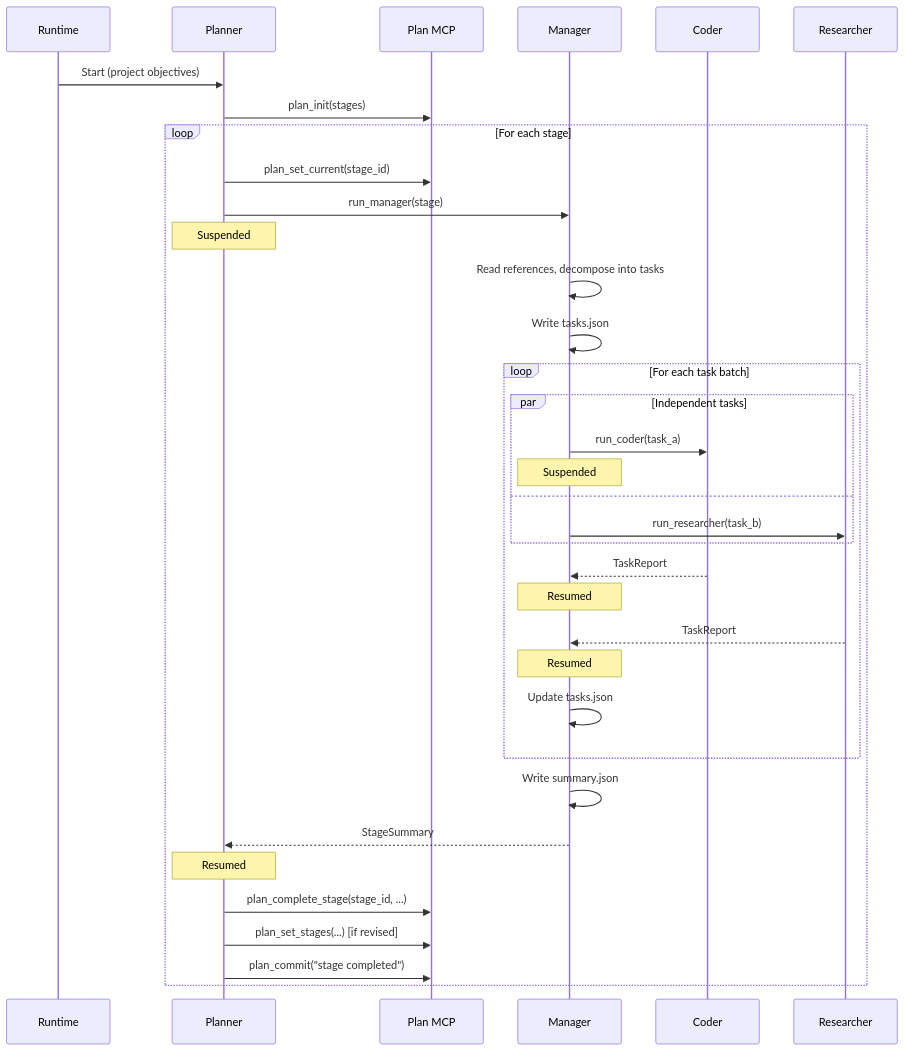
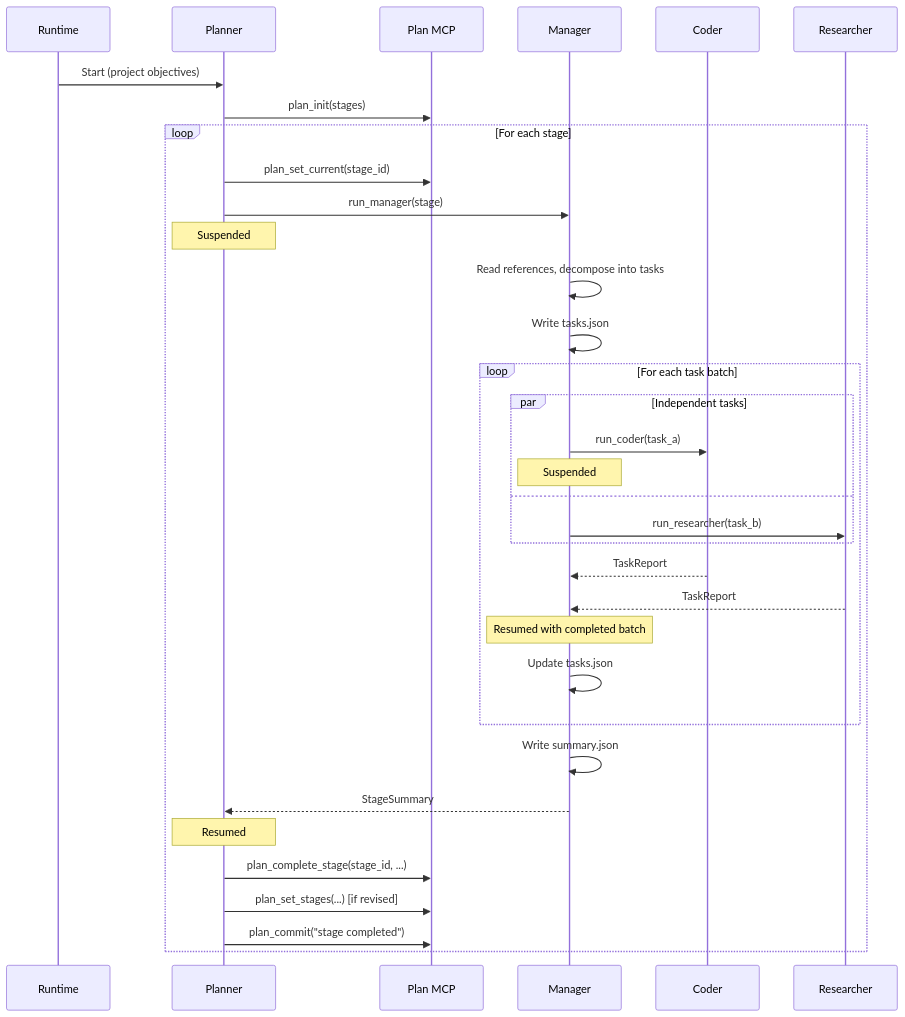
Before and after one commit to salva/saivage: the fourth of 7 diagrams in docs/internals/architecture.md, drawn with Mermaid. The commit also changed other lines of this file and 39 other files, not shown here.

````diff
--- a/docs/internals/architecture.md
+++ b/docs/internals/architecture.md
@@ -418,43 +419,42 @@
 ```mermaid
 sequenceDiagram
     participant RT as Runtime
     participant PL as Planner
     participant PM as Plan MCP
     participant MG as Manager
     participant CD as Coder
     participant RS as Researcher
 
     RT->>PL: Start (project objectives)
     PL->>PM: plan_init(stages)
 
     loop For each stage
         PL->>PM: plan_set_current(stage_id)
         PL->>MG: run_manager(stage)
         Note over PL: Suspended
 
         MG->>MG: Read references, decompose into tasks
         MG->>MG: Write tasks.json
 
         loop For each task batch
             par Independent tasks
                 MG->>CD: run_coder(task_a)
                 Note over MG: Suspended
             and
                 MG->>RS: run_researcher(task_b)
             end
             CD-->>MG: TaskReport
-            Note over MG: Resumed
             RS-->>MG: TaskReport
-            Note over MG: Resumed
+            Note over MG: Resumed with completed batch
             MG->>MG: Update tasks.json
         end
 
         MG->>MG: Write summary.json
         MG-->>PL: StageSummary
         Note over PL: Resumed
 
         PL->>PM: plan_complete_stage(stage_id, ...)
         PL->>PM: plan_set_stages(...) [if revised]
         PL->>PM: plan_commit("stage completed")
     end
 ```
````
